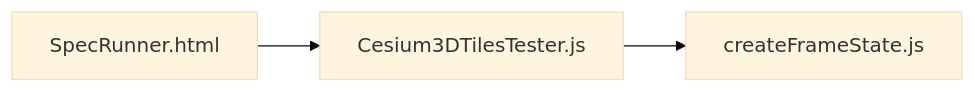
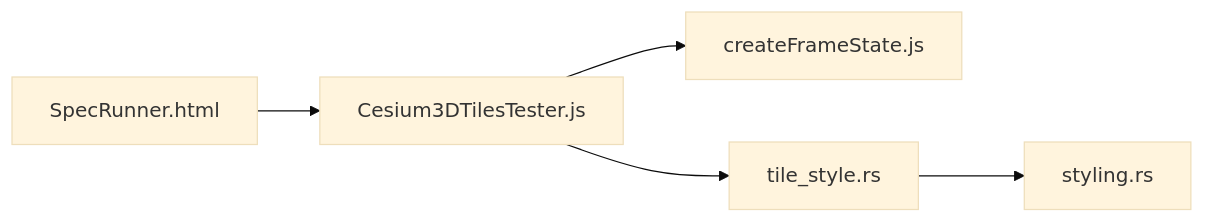
Before and after one commit to rzhangjing/cesium: the fourth of 4 diagrams in .qoder/repowiki/zh/content/API参考文档/数据源API/Cesium3DTileset/样式系统.md, drawn with Mermaid (base theme). The commit also changed other lines of this file and 29 other files, not shown here.

````diff
--- a/.qoder/repowiki/zh/content/API参考文档/数据源API/Cesium3DTileset/样式系统.md
+++ b/.qoder/repowiki/zh/content/API参考文档/数据源API/Cesium3DTileset/样式系统.md
@@ -141,5 +201,7 @@
 ```mermaid
 graph LR
 Runner["SpecRunner.html"] --> Tester["Cesium3DTilesTester.js"]
 Tester --> FS["createFrameState.js"]
+Tester --> TS["tile_style.rs"]
+TS --> SE["styling.rs"]
 ```
````
